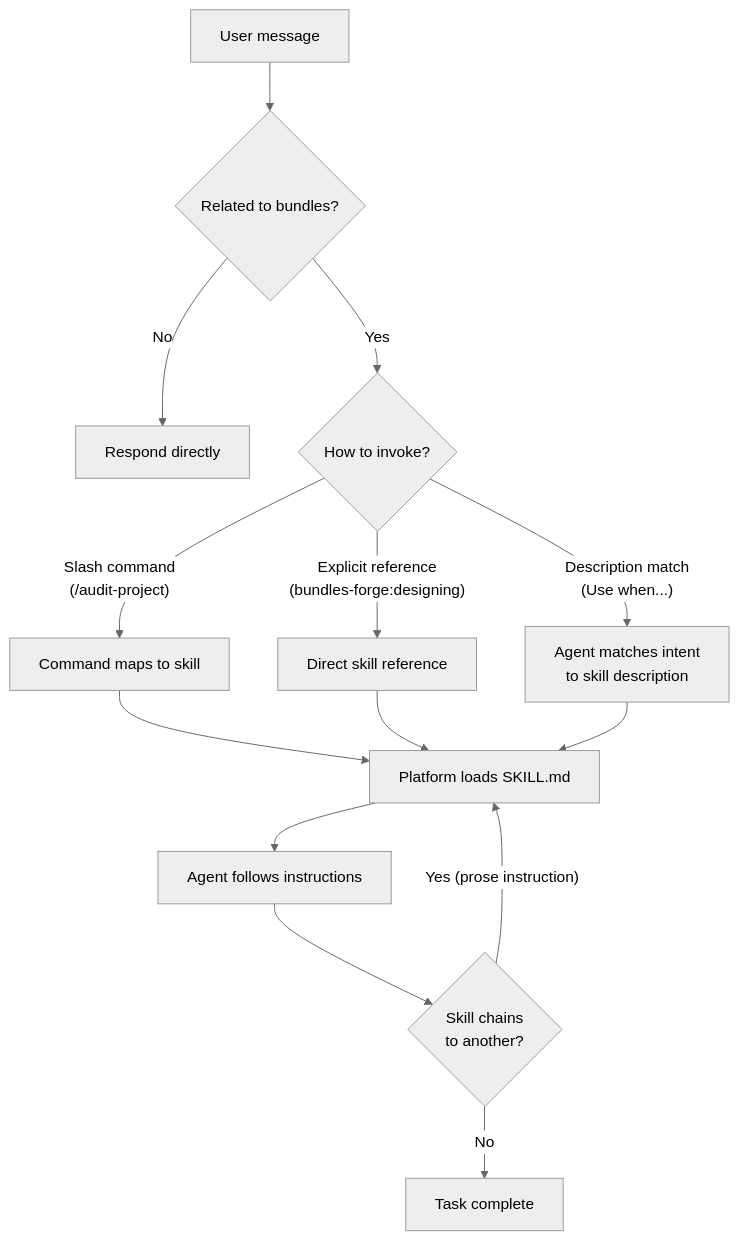
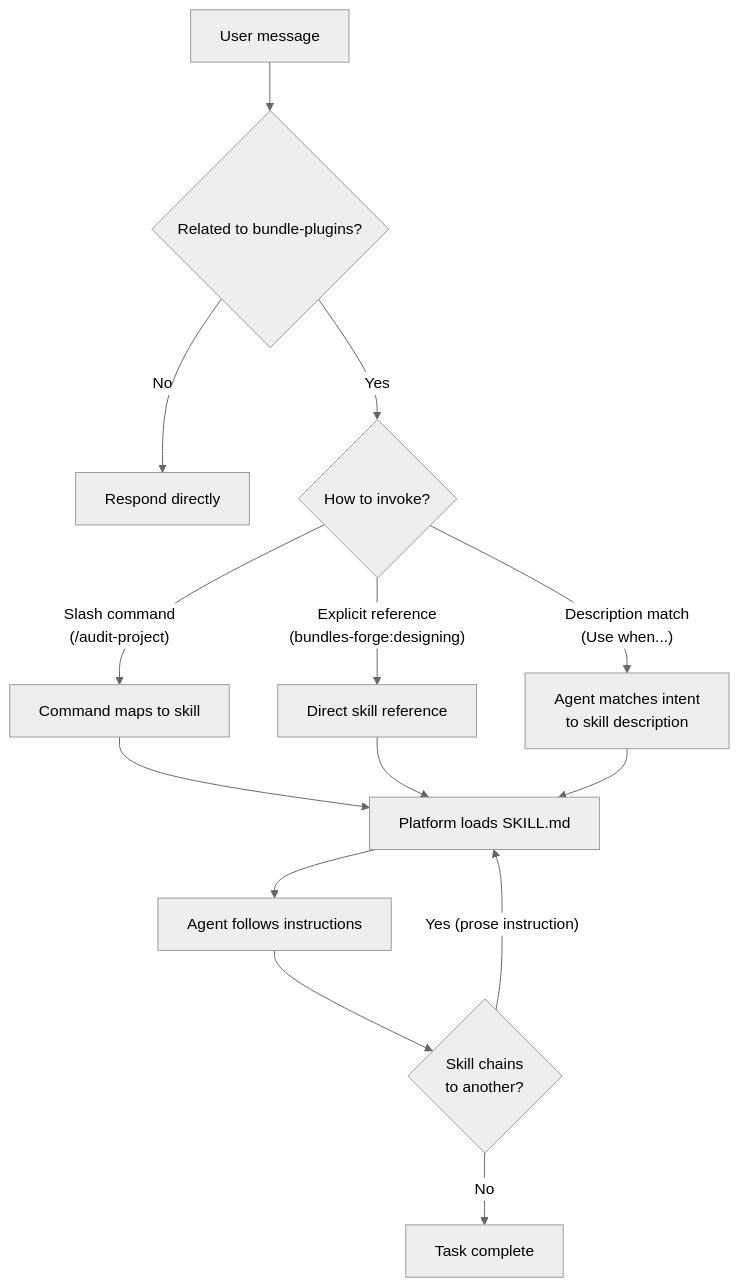
One commit to OdradekAI/skill-engineering-guide changed the third of 4 diagrams in README.md. Above: the diagram before and after it, drawn with Mermaid (neutral theme). The commit also changed other lines of this file and 36 other files, not shown here.

````diff
--- a/README.md
+++ b/README.md
@@ -108,16 +108,16 @@
 ```mermaid
 flowchart TD
-    Input["User message"] --> Check{"Related to bundles?"}
+    Input["User message"] --> Check{"Related to bundle-plugins?"}
     Check -->|No| Direct["Respond directly"]
     Check -->|Yes| How{"How to invoke?"}
     How -->|"Slash command\n(/audit-project)"| Cmd["Command maps to skill"]
     How -->|"Explicit reference\n(bundles-forge:designing)"| Ref["Direct skill reference"]
     How -->|"Description match\n(Use when...)"| Match["Agent matches intent\nto skill description"]
     Cmd --> Load["Platform loads SKILL.md"]
     Ref --> Load
     Match --> Load
     Load --> Follow["Agent follows instructions"]
     Follow --> Chain{"Skill chains\nto another?"}
     Chain -->|"Yes (prose instruction)"| Load
     Chain -->|No| Done["Task complete"]
 ```
````
